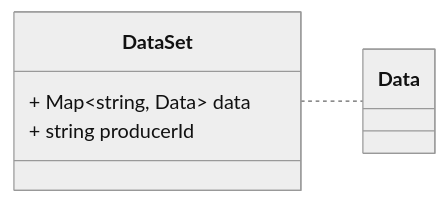
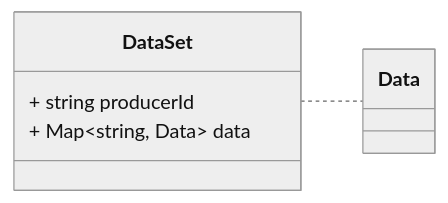
One commit to zaphiro-technologies/protobuf changed the third of 3 diagrams in docs/data.proto.md. Above: the diagram before and after it, drawn with Mermaid (neutral theme). The commit also changed other lines of this file and 12 other files, not shown here.

First line of the commit message:
Replace custom proto-gen-md-diagrams with official one (#50)

````diff
--- a/docs/data.proto.md
+++ b/docs/data.proto.md
@@ -171,20 +171,20 @@
 ```mermaid
 classDiagram
 direction LR
 
 %% A set of data.
 %% Headers used in rabbitMQ:
 %% * `id` (string): id of the `DataSet`
 %% * `type` (string): always `DataSet`
 %% * `producerId` (string): the id of the producer (e.g. a PMU) linked to the dataset.
 %% * `timestampId` (int64): related measurement Unix msec timestamp (if any)
 %% * `aligned` (bool, default true): whether the DataSet has to be time-aligned or not.
 %% 
 
 class DataSet {
+  + string producerId
   + Map~string,  Data~ data
-  + string producerId
 }
 DataSet .. ` Data`
 
 ```
````
